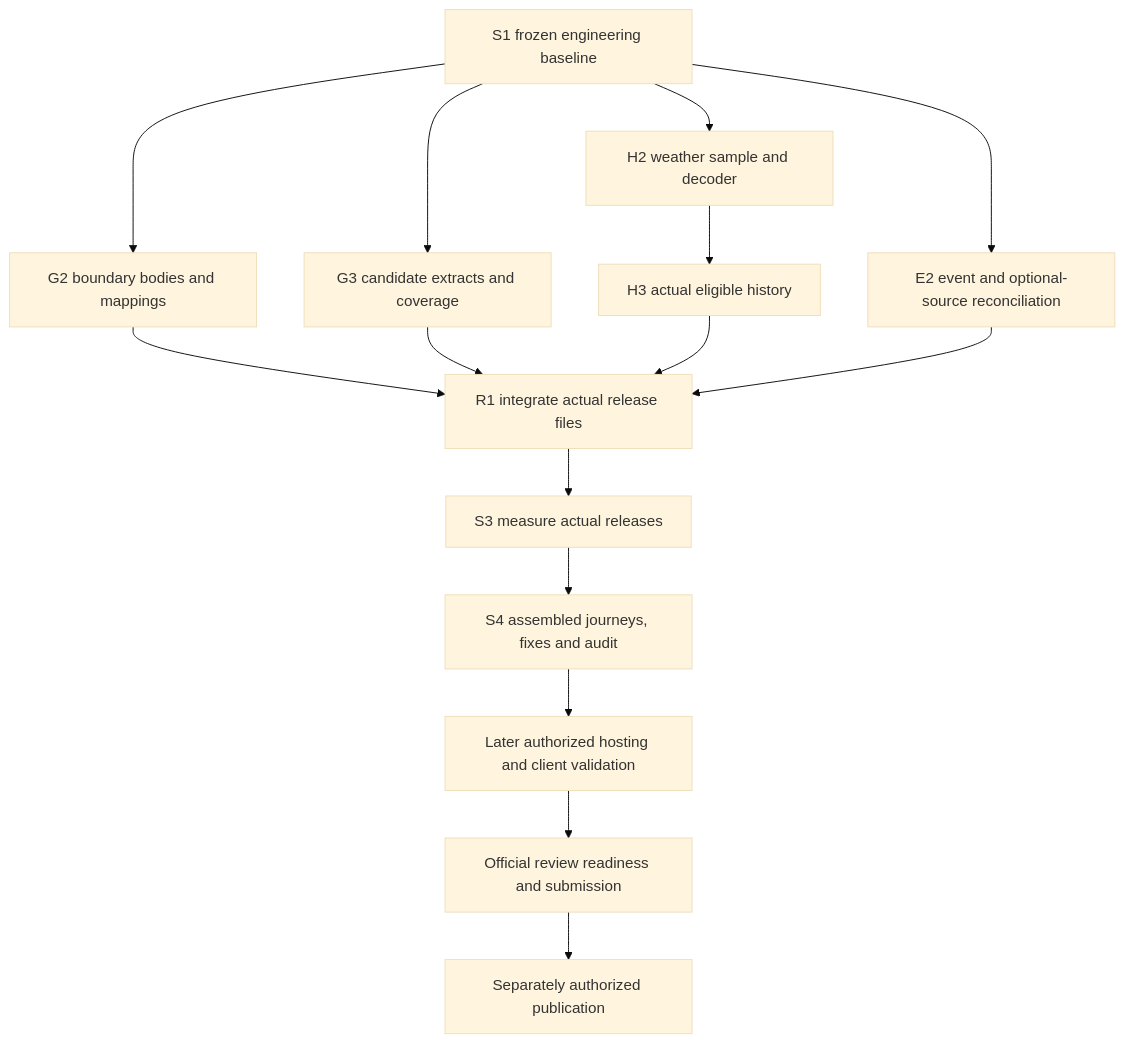
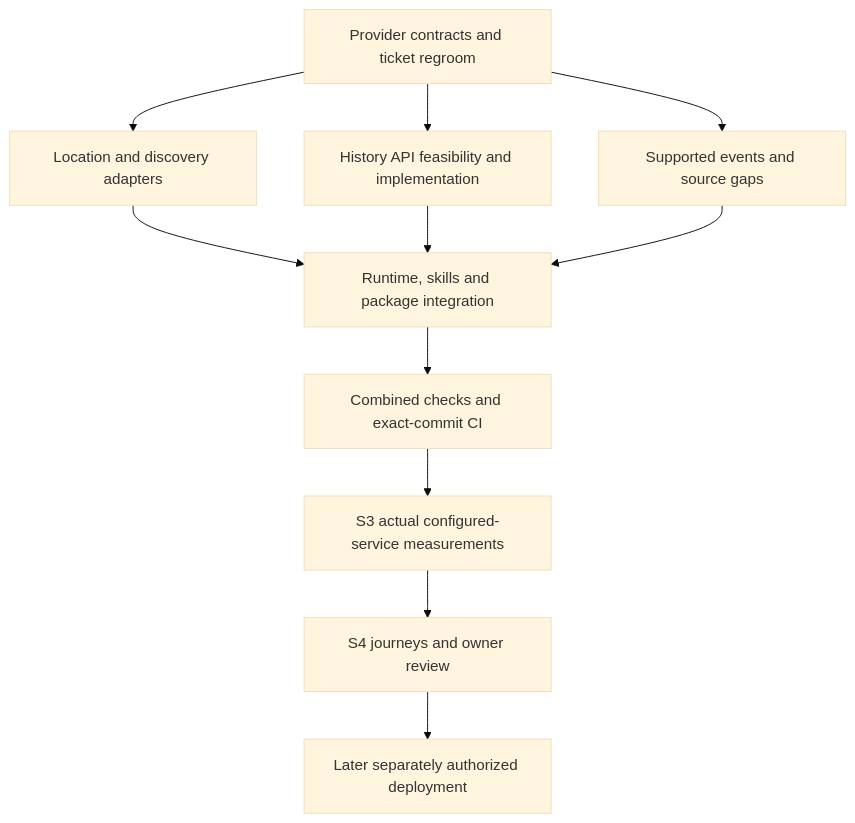
One commit to tandavkrishna27/nightsky.earth changed the diagram in docs/operations/v1-completion-tracker.md. Above: the diagram before and after it, drawn with Mermaid (base theme). The commit also changed other lines of this file and 15 other files, not shown here.

Commit message:
Regroom original V1 tickets and dependencies for API-first delivery

````diff
--- a/docs/operations/v1-completion-tracker.md
+++ b/docs/operations/v1-completion-tracker.md
@@ -66,17 +54,13 @@
 ```mermaid
 flowchart TD
-  S1[ S1 frozen engineering baseline ] --> G2[ G2 boundary bodies and mappings ]
-  S1 --> G3[ G3 candidate extracts and coverage ]
-  S1 --> H2[ H2 weather sample and decoder ]
-  S1 --> E2[ E2 event and optional-source reconciliation ]
-  H2 --> H3[ H3 actual eligible history ]
-  G2 --> R1[ R1 integrate actual release files ]
-  G3 --> R1
-  H3 --> R1
-  E2 --> R1
-  R1 --> S3[ S3 measure actual releases ]
-  S3 --> S4[ S4 assembled journeys, fixes and audit ]
-  S4 --> Hosted[ Later authorized hosting and client validation ]
-  Hosted --> Review[ Official review readiness and submission ]
-  Review --> Publish[ Separately authorized publication ]
+  P[Provider contracts and ticket regroom] --> A[Location and discovery adapters]
+  P --> H[History API feasibility and implementation]
+  P --> E[Supported events and source gaps]
+  A --> R[Runtime, skills and package integration]
+  H --> R
+  E --> R
+  R --> T[Combined checks and exact-commit CI]
+  T --> M[S3 actual configured-service measurements]
+  M --> U[S4 journeys and owner review]
+  U --> D[Later separately authorized deployment]
 ```
````
